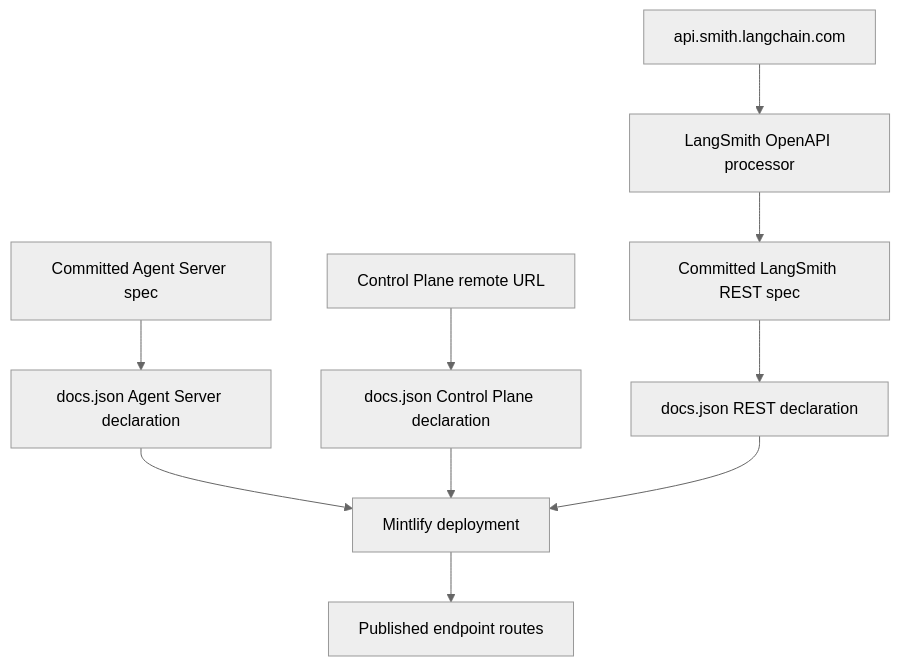
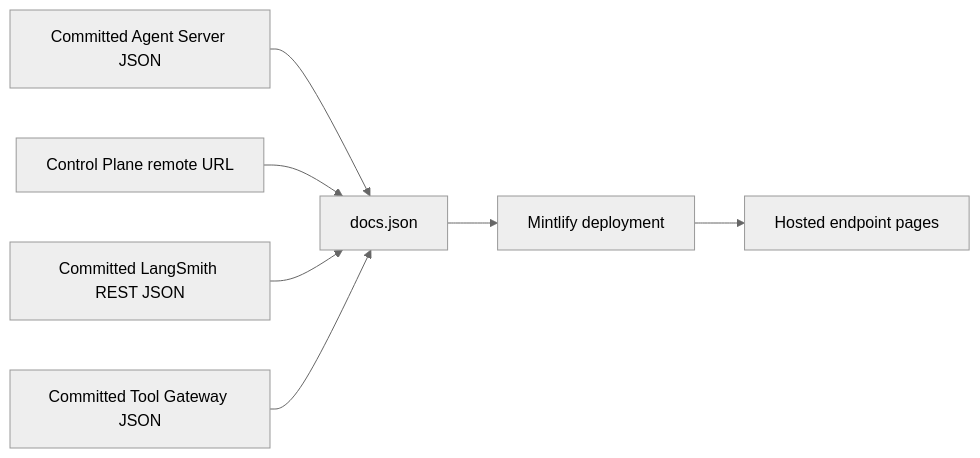
One commit to langchain-ai/docs changed the second of 2 diagrams in openwiki/integrations/reference-docs.md. Above: the diagram before and after it, drawn with Mermaid (neutral theme). The commit also changed other lines of this file and 54 other files, not shown here.

````diff
--- a/openwiki/integrations/reference-docs.md
+++ b/openwiki/integrations/reference-docs.md
@@ -119,12 +118,9 @@
 ```mermaid
-flowchart TD
-  AgentInput["Committed Agent Server spec"] --> AgentConfig["docs.json Agent Server declaration"]
-  ControlInput["Control Plane remote URL"] --> ControlConfig["docs.json Control Plane declaration"]
-  Service["api.smith.langchain.com"] --> Processor["LangSmith OpenAPI processor"]
-  Processor --> RestInput["Committed LangSmith REST spec"]
-  RestInput --> RestConfig["docs.json REST declaration"]
-  AgentConfig --> Mintlify["Mintlify deployment"]
-  ControlConfig --> Mintlify
-  RestConfig --> Mintlify
-  Mintlify --> Routes["Published endpoint routes"]
+flowchart LR
+  Agent["Committed Agent Server JSON"] --> Config["docs.json"]
+  Control["Control Plane remote URL"] --> Config
+  Rest["Committed LangSmith REST JSON"] --> Config
+  Gateway["Committed Tool Gateway JSON"] --> Config
+  Config --> Mint["Mintlify deployment"]
+  Mint --> Routes["Hosted endpoint pages"]
 ```
````
